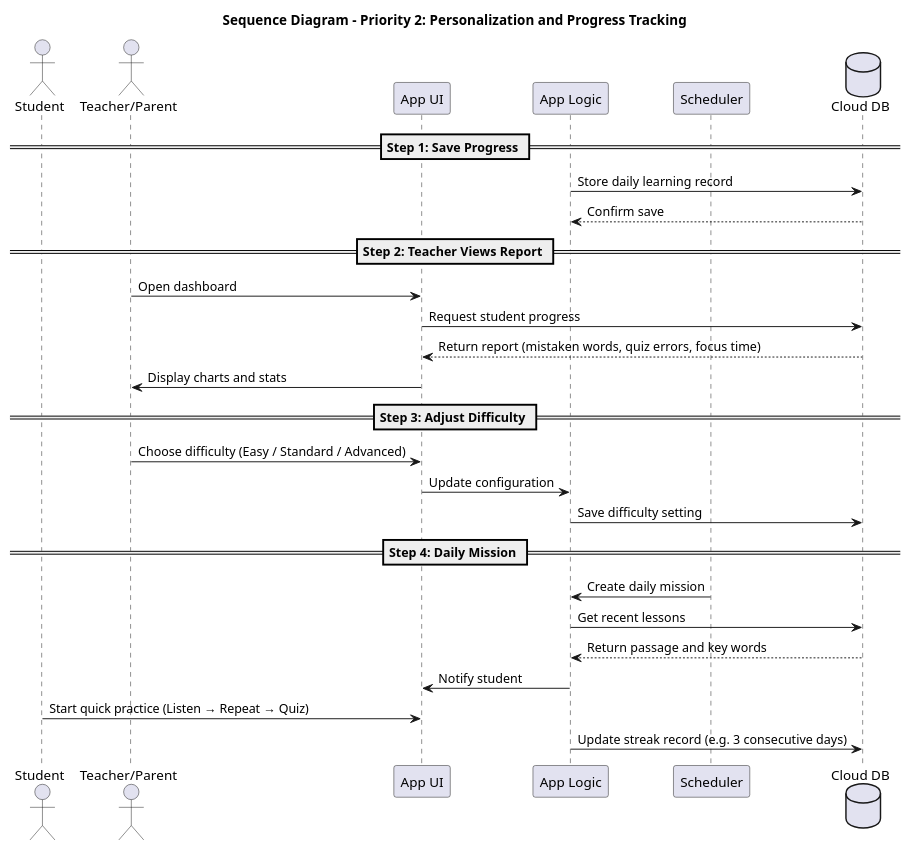
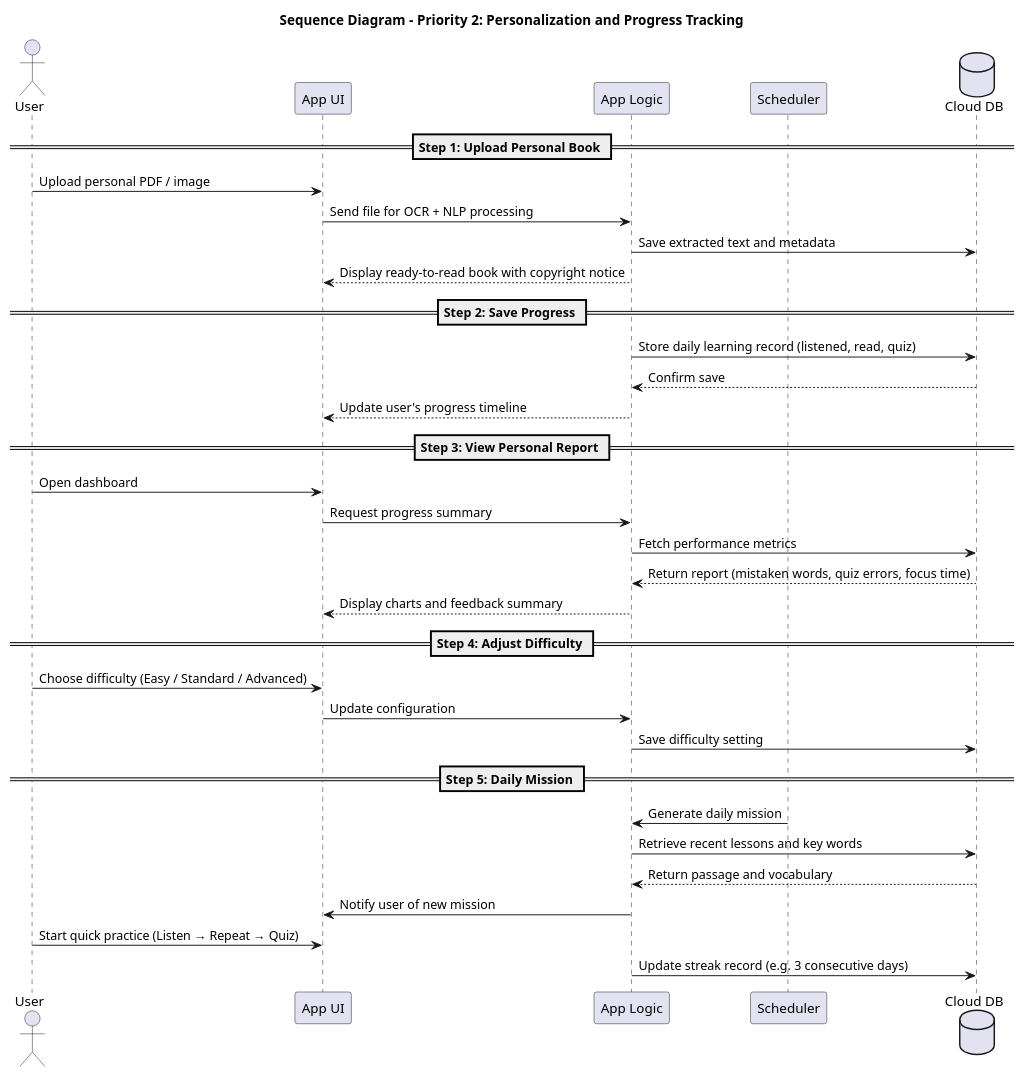
The diagram in sequence_diagram/sequence2_diagram.puml (23021600-TranGiaKhanh/TTNM_sequence_diagram), drawn with PlantUML before and after one commit. The commit also changed 3 other files, not shown here.

```diff
--- a/sequence_diagram/sequence2_diagram.puml
+++ b/sequence_diagram/sequence2_diagram.puml
@@ -1,34 +1,41 @@
 @startuml TrackingFlow
 title Sequence Diagram - Priority 2: Personalization and Progress Tracking
 
-actor "Student" as U
-actor "Teacher/Parent" as T
+actor "User" as U
 participant "App UI" as UI
 participant "App Logic" as Logic
 participant "Scheduler" as Sch
 database "Cloud DB" as DB
 
-== Step 1: Save Progress ==
-Logic -> DB: Store daily learning record
+== Step 1: Upload Personal Book ==
+U -> UI: Upload personal PDF / image
+UI -> Logic: Send file for OCR + NLP processing
+Logic -> DB: Save extracted text and metadata
+Logic --> UI: Display ready-to-read book with copyright notice
+
+== Step 2: Save Progress ==
+Logic -> DB: Store daily learning record (listened, read, quiz)
 DB --> Logic: Confirm save
+Logic --> UI: Update user's progress timeline
 
-== Step 2: Teacher Views Report ==
-T -> UI: Open dashboard
-UI -> DB: Request student progress
-DB --> UI: Return report (mistaken words, quiz errors, focus time)
-UI -> T: Display charts and stats
+== Step 3: View Personal Report ==
+U -> UI: Open dashboard
+UI -> Logic: Request progress summary
+Logic -> DB: Fetch performance metrics
+DB --> Logic: Return report (mistaken words, quiz errors, focus time)
+Logic --> UI: Display charts and feedback summary
 
-== Step 3: Adjust Difficulty ==
-T -> UI: Choose difficulty (Easy / Standard / Advanced)
+== Step 4: Adjust Difficulty ==
+U -> UI: Choose difficulty (Easy / Standard / Advanced)
 UI -> Logic: Update configuration
 Logic -> DB: Save difficulty setting
 
-== Step 4: Daily Mission ==
-Sch -> Logic: Create daily mission
-Logic -> DB: Get recent lessons
-DB --> Logic: Return passage and key words
-Logic -> UI: Notify student
+== Step 5: Daily Mission ==
+Sch -> Logic: Generate daily mission
+Logic -> DB: Retrieve recent lessons and key words
+DB --> Logic: Return passage and vocabulary
+Logic -> UI: Notify user of new mission
 U -> UI: Start quick practice (Listen → Repeat → Quiz)
 Logic -> DB: Update streak record (e.g. 3 consecutive days)
 
 @enduml
```
